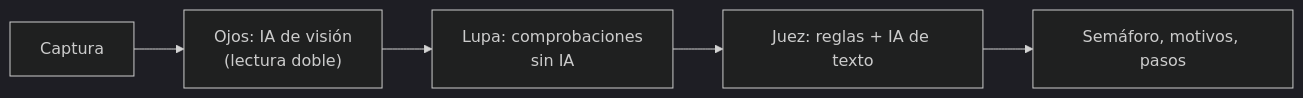
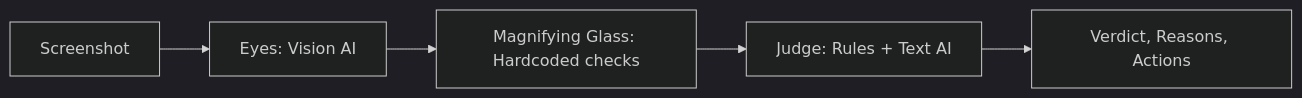
The diagram in guardian/README.md (HansCnls/ForgeHacks_HANNA), drawn with Mermaid (dark theme) before and after one commit. The commit also changed other lines of this file, not shown here.

````diff
--- a/guardian/README.md
+++ b/guardian/README.md
@@ -9,7 +20,7 @@
 ```mermaid
 flowchart LR
-  A[Captura] --> B["Ojos: IA de visión<br/>(lectura doble)"]
-  B --> C["Lupa: comprobaciones<br/>sin IA"]
-  C --> D["Juez: reglas + IA de texto"]
-  D --> E[Semáforo, motivos, pasos]
+  A[Screenshot] --> B["Eyes: Vision AI"]
+  B --> C["Magnifying Glass: Hardcoded checks"]
+  C --> D["Judge: Rules + Text AI"]
+  D --> E[Verdict, Reasons, Actions]
 ```
````
